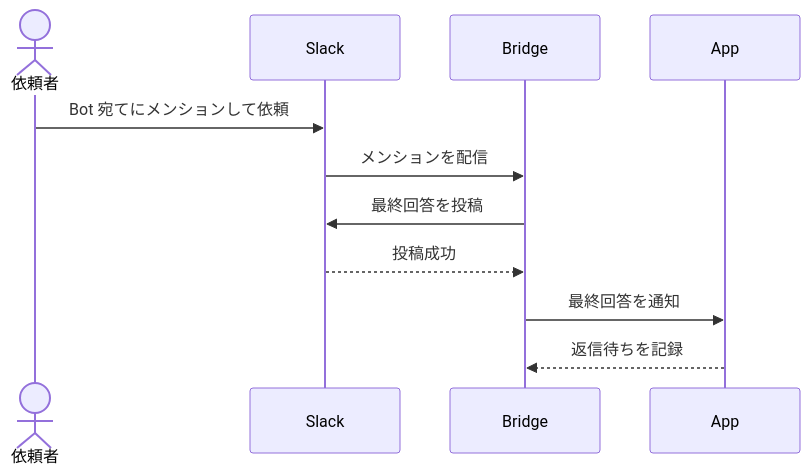
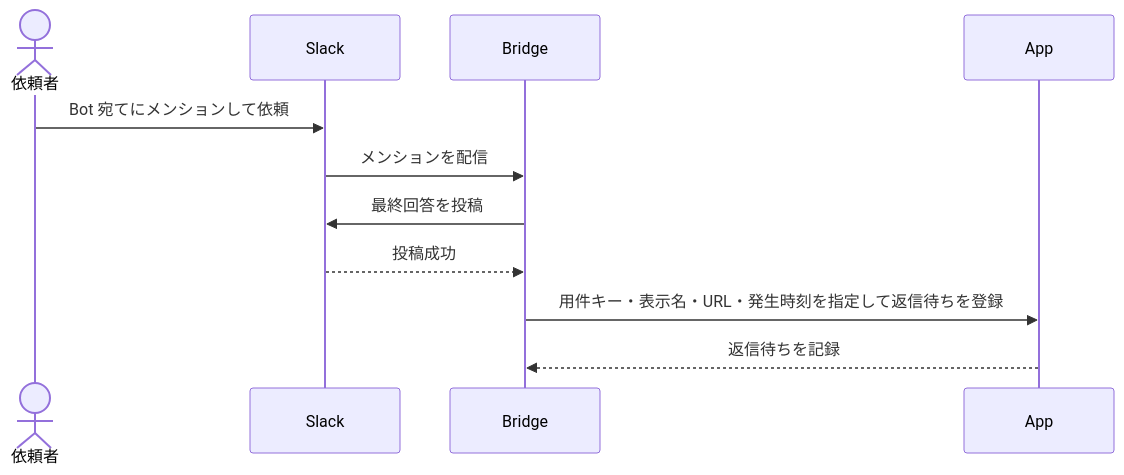
Before and after one commit to nishimura-yuma77/preview: the first of 4 diagrams in reply-watch/docs/spec/features/reply-tracking/USECASE.md, drawn with Mermaid. The commit also changed other lines of this file and 7 other files, not shown here.

````diff
--- a/reply-watch/docs/spec/features/reply-tracking/USECASE.md
+++ b/reply-watch/docs/spec/features/reply-tracking/USECASE.md
@@ -17,10 +17,10 @@
 ```mermaid
 sequenceDiagram
     actor U as 依頼者
     U->>Slack: Bot 宛てにメンションして依頼
     Slack->>Bridge: メンションを配信
     Bridge->>Slack: 最終回答を投稿
     Slack-->>Bridge: 投稿成功
-    Bridge->>App: 最終回答を通知
+    Bridge->>App: 用件キー・表示名・URL・発生時刻を指定して返信待ちを登録
     App-->>Bridge: 返信待ちを記録
 ```
````
